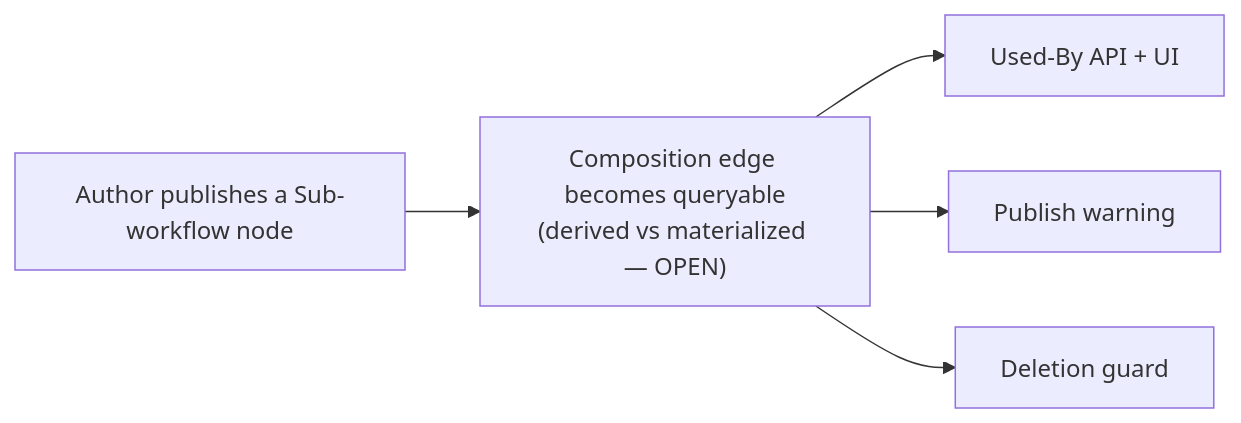
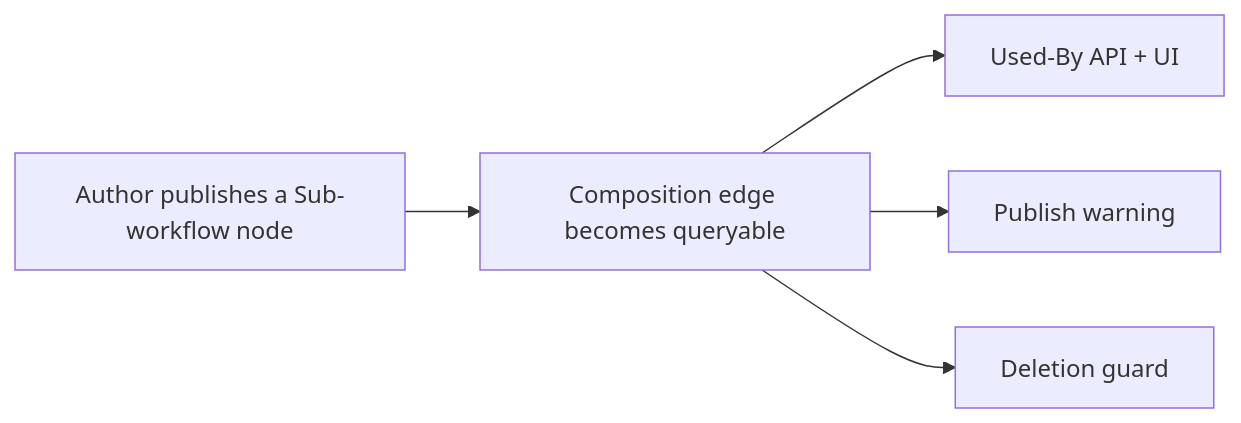
The fourth of 5 diagrams in backend/docs/workflow-engine/sub-workflow-node.md (rohitthakur2590/syntara), drawn with Mermaid before and after one commit. The commit also changed other lines of this file, not shown here.

````diff
--- a/backend/docs/workflow-engine/sub-workflow-node.md
+++ b/backend/docs/workflow-engine/sub-workflow-node.md
@@ -315,7 +133,7 @@
 ```mermaid
 graph LR
-    EDIT["Author publishes a Sub-workflow node"] --> Q["Composition edge becomes queryable<br/>(derived vs materialized — OPEN)"]
+    EDIT["Author publishes a Sub-workflow node"] --> Q["Composition edge becomes queryable"]
     Q --> USEDBY["Used-By API + UI"]
     Q --> WARN["Publish warning"]
     Q --> GUARD["Deletion guard"]
 ```
````
